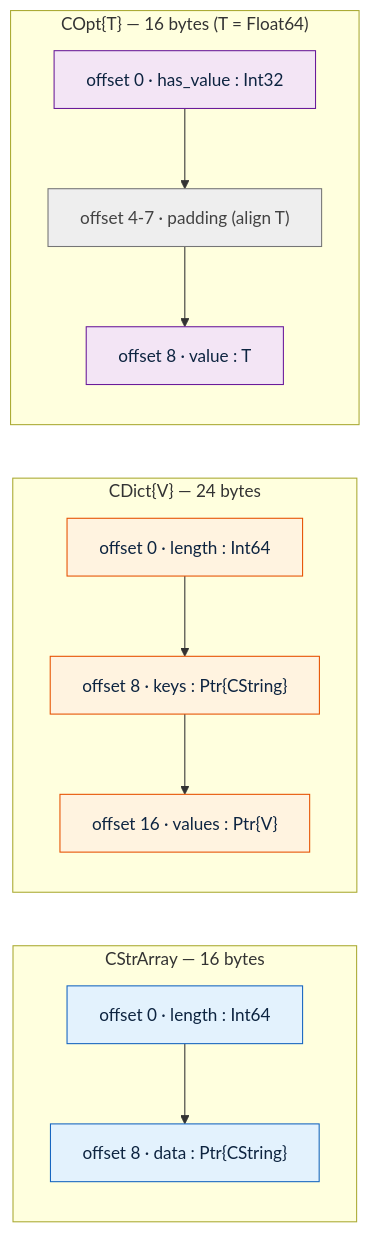
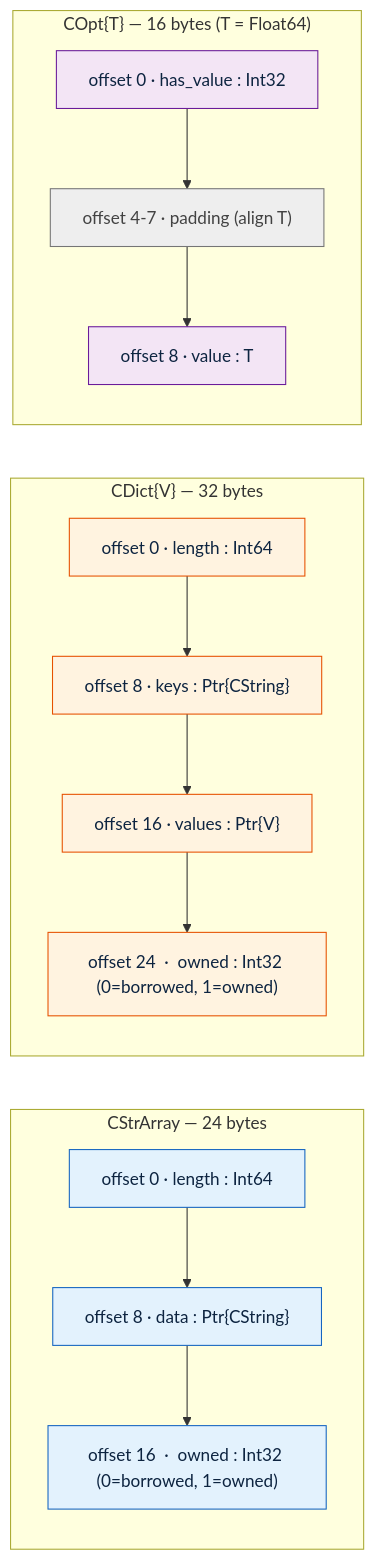
The diagram in JuliaLibWrapping/docs/src/assets/carrier-layouts.mmd (JuliaInterop/JuliaLibWrapping.jl), drawn with Mermaid before and after one commit. The commit also changed 19 other files, not shown here.

Commit message:
feat: explicit ownership flag on CStrArray and CDict; free only what Julia owns

```diff
--- a/JuliaLibWrapping/docs/src/assets/carrier-layouts.mmd
+++ b/JuliaLibWrapping/docs/src/assets/carrier-layouts.mmd
@@ -1,32 +1,36 @@
 flowchart LR
-    subgraph CStrArray["CStrArray — 16 bytes"]
+    subgraph CStrArray["CStrArray — 24 bytes"]
         direction TB
-        CSA0["offset 0  ·  length : Int64"]
-        CSA8["offset 8  ·  data : Ptr{CString}"]
-        CSA0 --> CSA8
+        CSA0["offset 0   ·  length : Int64"]
+        CSA8["offset 8   ·  data : Ptr{CString}"]
+        CSA16["offset 16  ·  owned : Int32 (0=borrowed, 1=owned)"]
+        CSA0 --> CSA8 --> CSA16
     end
 
-    subgraph CDict["CDict{V} — 24 bytes"]
+    subgraph CDict["CDict{V} — 32 bytes"]
         direction TB
         CD0["offset 0   ·  length : Int64"]
         CD8["offset 8   ·  keys : Ptr{CString}"]
         CD16["offset 16  ·  values : Ptr{V}"]
-        CD0 --> CD8 --> CD16
+        CD24["offset 24  ·  owned : Int32 (0=borrowed, 1=owned)"]
+        CD0 --> CD8 --> CD16 --> CD24
     end
 
     subgraph COpt["COpt{T} — 16 bytes (T = Float64)"]
         direction TB
         CO0["offset 0    ·  has_value : Int32"]
         COp["offset 4-7  ·  padding (align T)"]
         CO8["offset 8    ·  value : T"]
         CO0 --> COp --> CO8
     end
 
     style CSA0 fill:#e3f2fd,stroke:#1565c0,color:#0d2440
     style CSA8 fill:#e3f2fd,stroke:#1565c0,color:#0d2440
+    style CSA16 fill:#e3f2fd,stroke:#1565c0,color:#0d2440
     style CD0 fill:#fff3e0,stroke:#e65100,color:#0d2440
     style CD8 fill:#fff3e0,stroke:#e65100,color:#0d2440
     style CD16 fill:#fff3e0,stroke:#e65100,color:#0d2440
+    style CD24 fill:#fff3e0,stroke:#e65100,color:#0d2440
     style CO0 fill:#f3e5f5,stroke:#6a1b9a,color:#0d2440
     style COp fill:#eeeeee,stroke:#757575,color:#424242
     style CO8 fill:#f3e5f5,stroke:#6a1b9a,color:#0d2440
```
